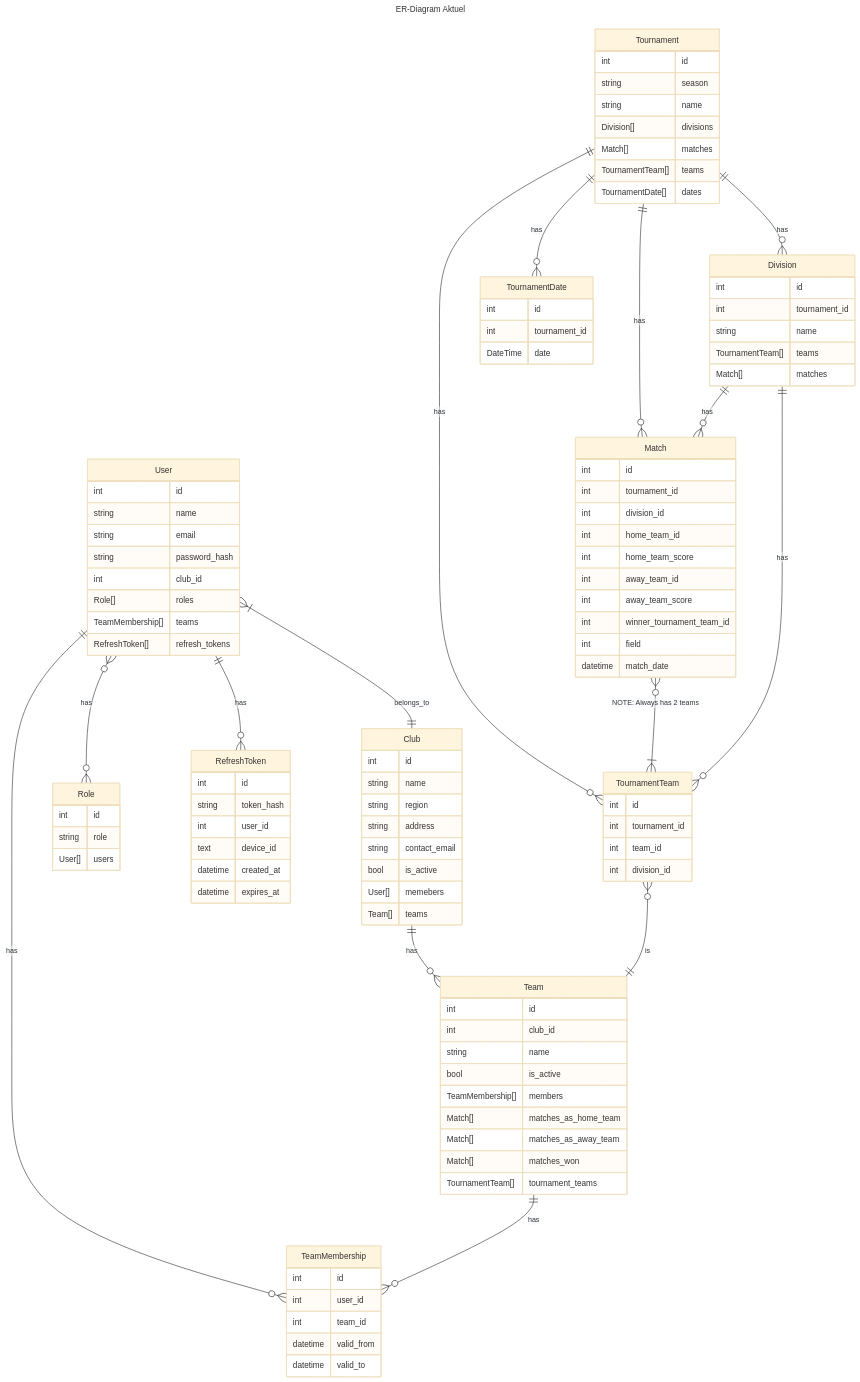
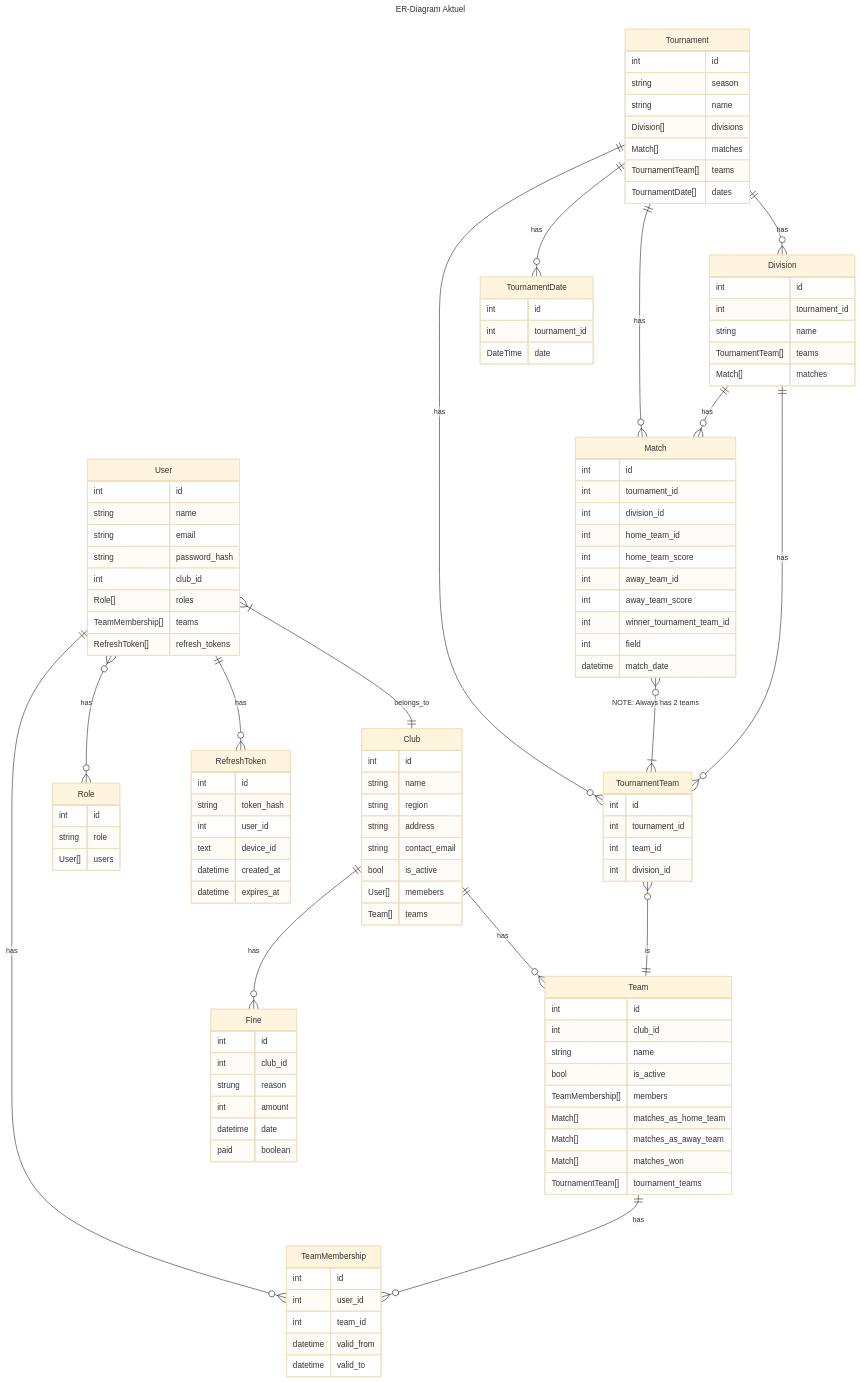
Before and after one commit to TacoKarl/kpolo: the fourth of 4 diagrams in backend/README.md, drawn with Mermaid (base theme). The commit also changed other lines of this file and 2 other files, not shown here.

Commit message:
Added fines to GraphQL

````diff
--- a/backend/README.md
+++ b/backend/README.md
@@ -343,6 +353,7 @@
     User ||--o{ TeamMembership : has
     User ||--o{ RefreshToken : has
     Club ||--o{ Team : has
+    Club ||--o{ Fine : has
     Team ||--o{ TeamMembership : has
     Tournament ||--o{ Match : has
     Tournament ||--o{ TournamentTeam : has
@@ -454,5 +465,14 @@
         int tournament_id
         DateTime date
     }
+
+    Fine {
+        int id
+        int club_id
+        strung reason
+        int amount
+        datetime date
+        paid boolean
+    }
     
 ```
````
